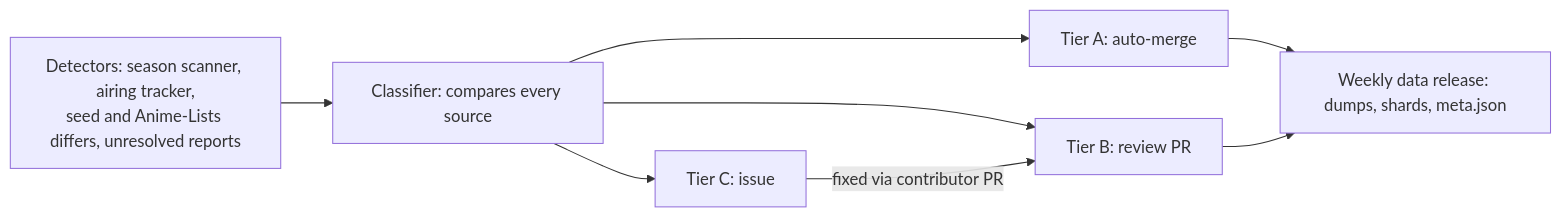
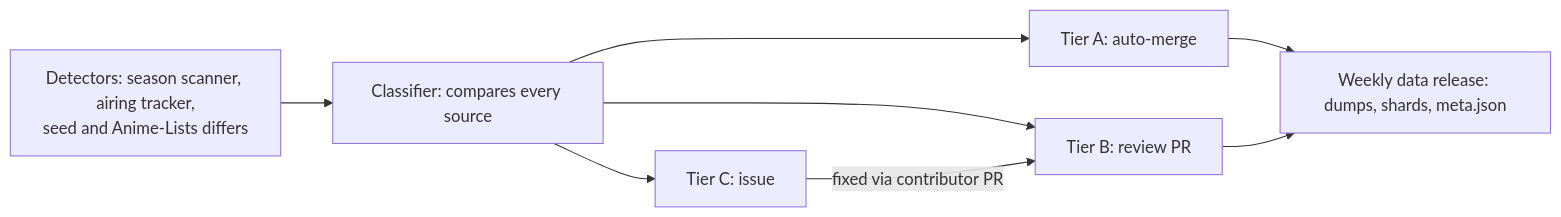
The diagram in docs/SPEC.md (courmap/courmap), drawn with Mermaid before and after one commit. The commit also changed other lines of this file and 27 other files, not shown here.

````diff
--- a/docs/SPEC.md
+++ b/docs/SPEC.md
@@ -460,10 +460,10 @@
 ```mermaid
 flowchart LR
-  D["Detectors: season scanner, airing tracker,<br/>seed and Anime-Lists differs, unresolved reports"] --> C["Classifier: compares every source"]
+  D["Detectors: season scanner, airing tracker,<br/>seed and Anime-Lists differs"] --> C["Classifier: compares every source"]
   C --> A["Tier A: auto-merge"]
   C --> B["Tier B: review PR"]
   C --> X["Tier C: issue"]
   X -->|fixed via contributor PR| B
   A --> R["Weekly data release: dumps, shards, meta.json"]
   B --> R
 ```
````
